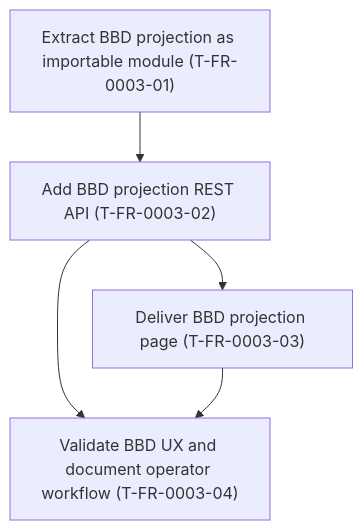
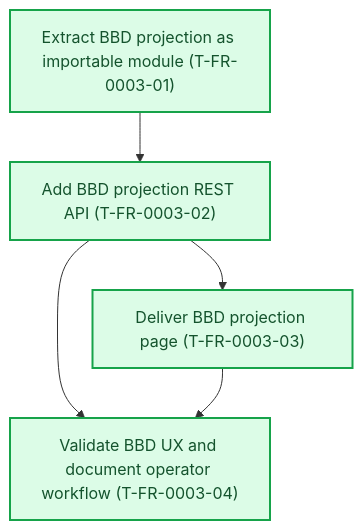
The diagram in tasks/feature-history/FR-0003-bbd-projection-ui/20-tickets-dag.md (mcelhennyi/Finance), drawn with Mermaid before and after one commit. The commit also changed other lines of this file and 64 other files, not shown here.

````diff
--- a/tasks/feature-history/FR-0003-bbd-projection-ui/20-tickets-dag.md
+++ b/tasks/feature-history/FR-0003-bbd-projection-ui/20-tickets-dag.md
@@ -14,11 +9,16 @@
 ```mermaid
 flowchart TB
   T01["Extract BBD projection as importable module (T-FR-0003-01)"]
   T02["Add BBD projection REST API (T-FR-0003-02)"]
   T03["Deliver BBD projection page (T-FR-0003-03)"]
   T04["Validate BBD UX and document operator workflow (T-FR-0003-04)"]
   T01 --> T02
   T02 --> T03
   T02 --> T04
   T03 --> T04
+
+  classDef completed fill:#dcfce7,stroke:#16a34a,color:#14532d,stroke-width:2px
+  classDef inDevelopment fill:#fef3c7,stroke:#d97706,color:#78350f,stroke-width:2px
+  classDef outstanding fill:#fee2e2,stroke:#dc2626,color:#7f1d1d,stroke-width:2px
+  class T01,T02,T03,T04 completed
 ```
````
